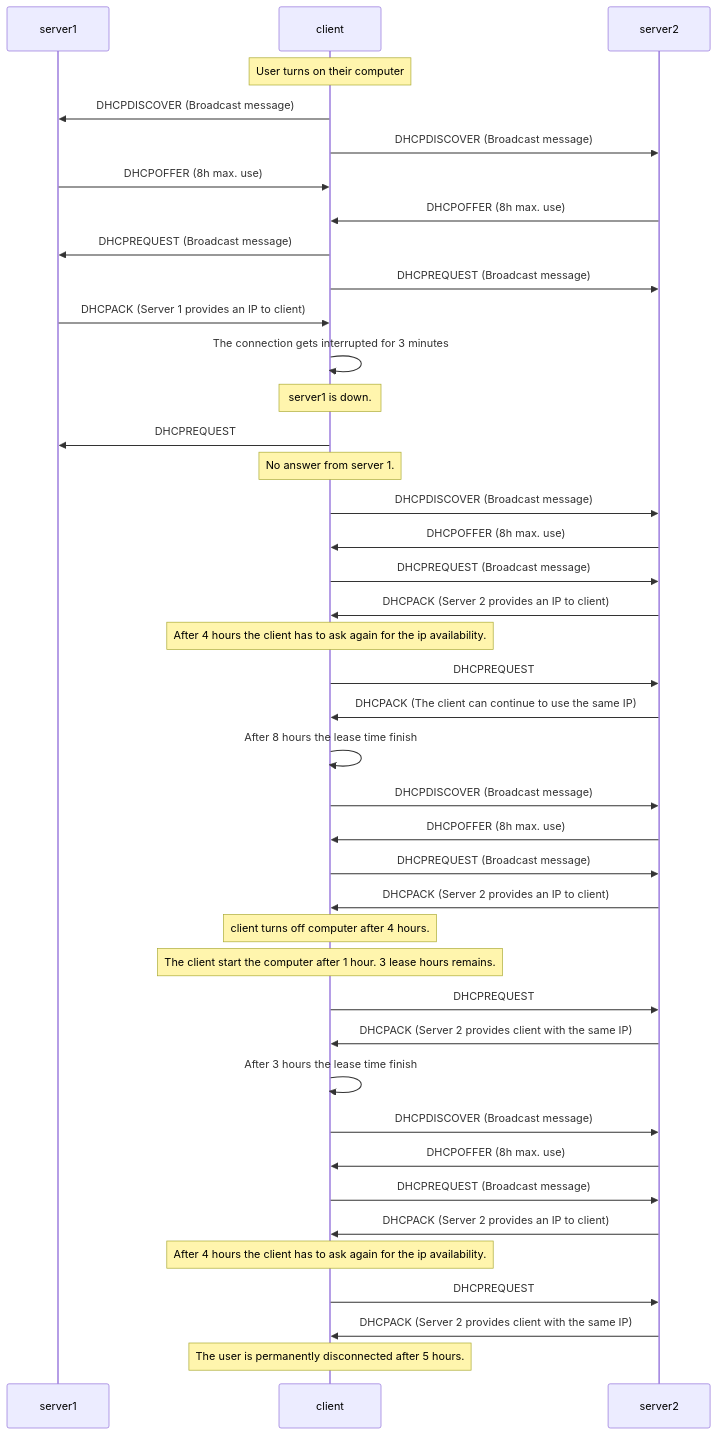
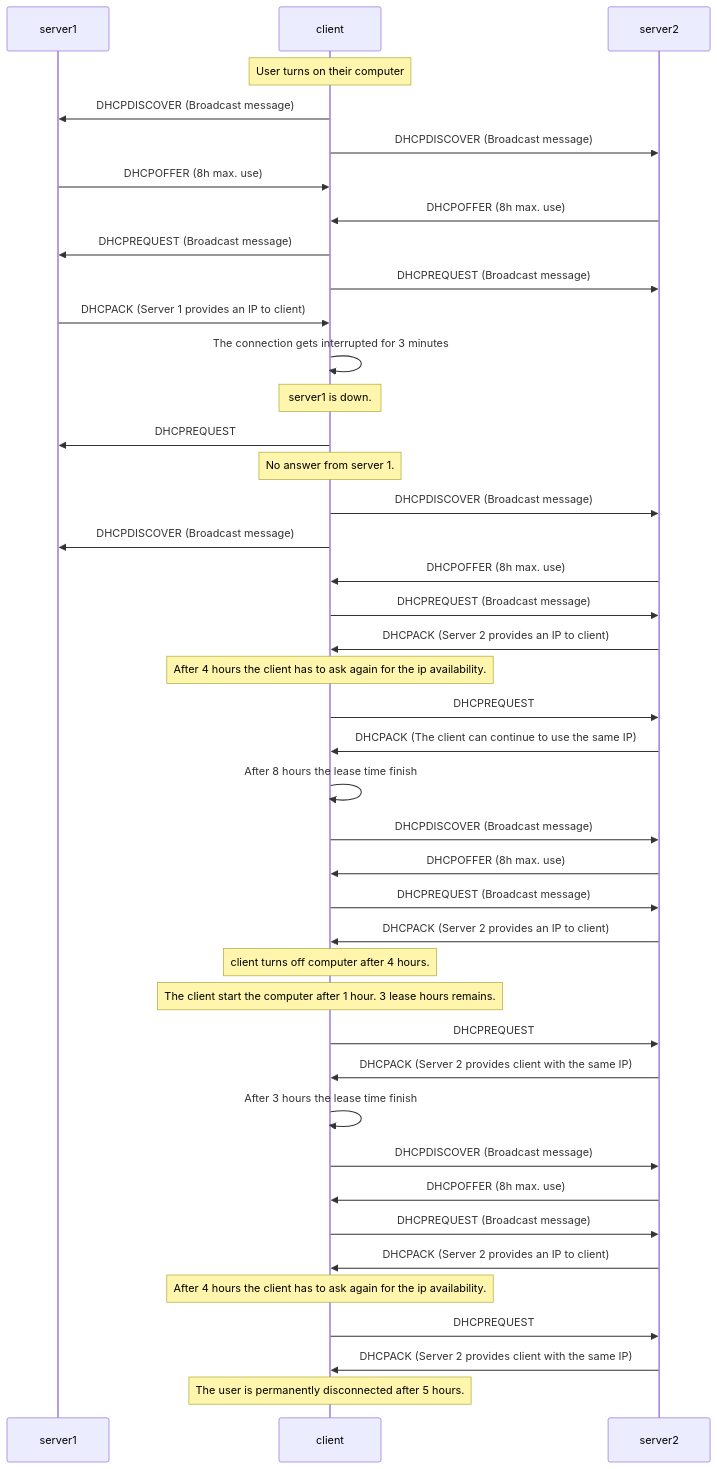
Before and after one commit to sporestudio/dhcp-schema: the diagram in README.md, drawn with Mermaid. The commit also changed other lines of this file, not shown here.

````diff
--- a/README.md
+++ b/README.md
@@ -23,76 +23,77 @@
 ```mermaid
 sequenceDiagram
     participant server1
     participant client
     participant server2
    
 
     Note over client: User turns on their computer
 
     client->>server1: DHCPDISCOVER (Broadcast message)
     client->>server2: DHCPDISCOVER (Broadcast message)
     server1->>client: DHCPOFFER (8h max. use)
     server2->>client: DHCPOFFER (8h max. use)
 
     client->>server1: DHCPREQUEST (Broadcast message) 
     client->>server2: DHCPREQUEST (Broadcast message) 
     server1->>client: DHCPACK (Server 1 provides an IP to client)
 
     client->>client: The connection gets interrupted for 3 minutes
     
     note over client: server1 is down.
 
     client->>server1: DHCPREQUEST
     note over client: No answer from server 1.
 
 
     client->>server2: DHCPDISCOVER (Broadcast message)
+    client->>server1: DHCPDISCOVER (Broadcast message)
     server2->>client: DHCPOFFER (8h max. use)
     client->>server2: DHCPREQUEST (Broadcast message) 
     server2->>client: DHCPACK (Server 2 provides an IP to client)
 
     note over client: After 4 hours the client has to ask again for the ip availability.
 
     client->>server2: DHCPREQUEST
 
     server2->>client: DHCPACK (The client can continue to use the same IP)
 
 
     client->>client: After 8 hours the lease time finish
 
 
 
     client->>server2: DHCPDISCOVER (Broadcast message)
     server2->>client: DHCPOFFER (8h max. use)
     client->>server2: DHCPREQUEST (Broadcast message)
     server2->>client: DHCPACK (Server 2 provides an IP to client)
 
 
     
 
     note over client: client turns off computer after 4 hours.
 
     note over client: The client start the computer after 1 hour. 3 lease hours remains.
 
 
     client->>server2: DHCPREQUEST
 
     server2->>client: DHCPACK (Server 2 provides client with the same IP)
 
     client->>client: After 3 hours the lease time finish
 
 
     client->>server2: DHCPDISCOVER (Broadcast message)
     server2->>client: DHCPOFFER (8h max. use)
     client->>server2: DHCPREQUEST (Broadcast message)
     server2->>client: DHCPACK (Server 2 provides an IP to client)
 
     note over client: After 4 hours the client has to ask again for the ip availability.
 
 
     client->>server2: DHCPREQUEST
 
     server2->>client: DHCPACK (Server 2 provides client with the same IP)
 
     note over client: The user is permanently disconnected after 5 hours.
 ```
````
